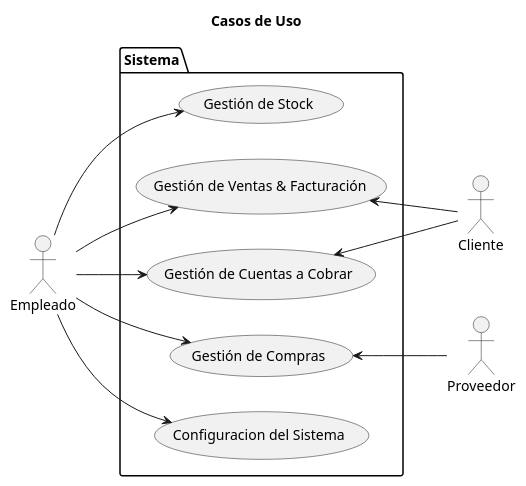
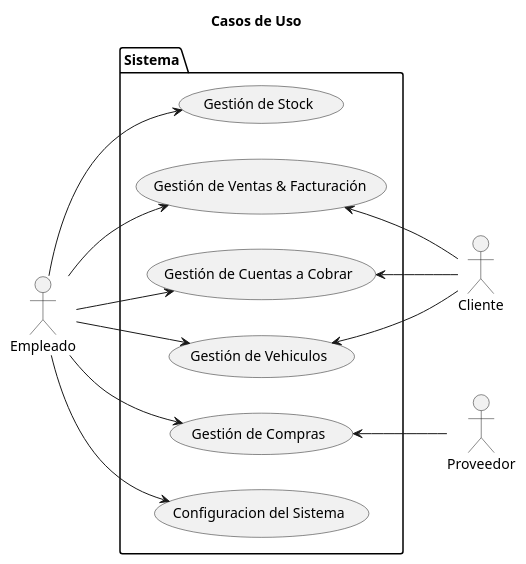
One commit to marcelolezcanodev/GarageGuru changed the diagram in Diagramas/casos_de_uso_nivel_0.plantuml. Above: the diagram before and after it, drawn with PlantUML. The commit also changed 5 other files, not shown here.

Commit message:
Modificaciones en la logica de algunos diagramas

```diff
--- a/Diagramas/casos_de_uso_nivel_0.plantuml
+++ b/Diagramas/casos_de_uso_nivel_0.plantuml
@@ -1,33 +1,36 @@
-@startuml usecase
+@startuml casos_de_uso_nivel_0
 
 left to right direction
 
 title Casos de Uso
 
 actor Empleado as Emp
 actor Cliente as Cli
 actor Proveedor as Pro
 
 package Sistema {
     USECASE "Gestión de Stock" as UC_Stk
     USECASE "Gestión de Ventas & Facturación" as UC_Ventas
     USECASE "Gestión de Cuentas a Cobrar" as UC_Cobros
     USECASE "Gestión de Compras" as UC_Compras
+    USECASE "Gestión de Vehiculos" as UC_Vehiculos
     'USECASE "Gestión de Cuentas a Pagar" as UC_Pagos
     USECASE "Configuracion del Sistema" as UC_Config
 }
 
 Emp --> UC_Stk
 Emp --> UC_Ventas
 Emp --> UC_Cobros
 Emp --> UC_Compras
+Emp --> UC_Vehiculos
 'Emp --> UC_Pagos
 Emp --> UC_Config
 
 UC_Ventas <-- Cli
 UC_Cobros <-- Cli
+UC_Vehiculos <-- Cli
 
 UC_Compras <-- Pro
 'UC_Pagos <-- Pro
 
 @enduml
```
